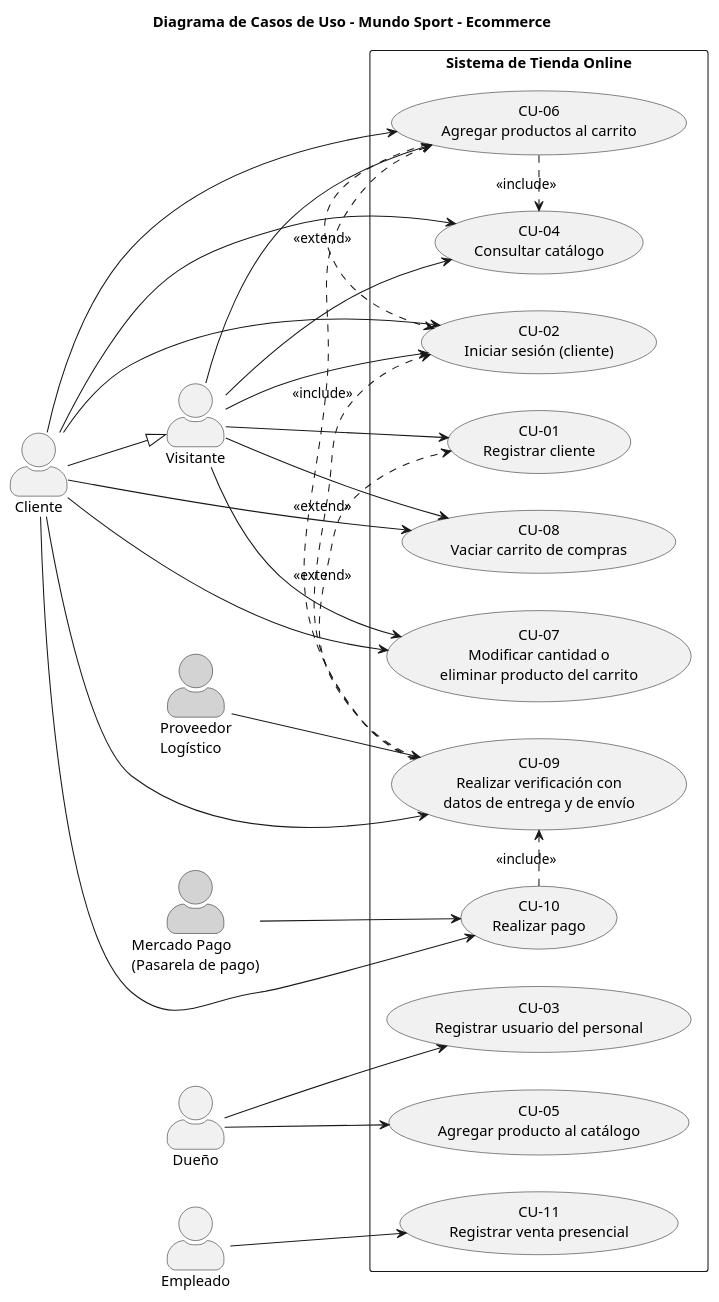
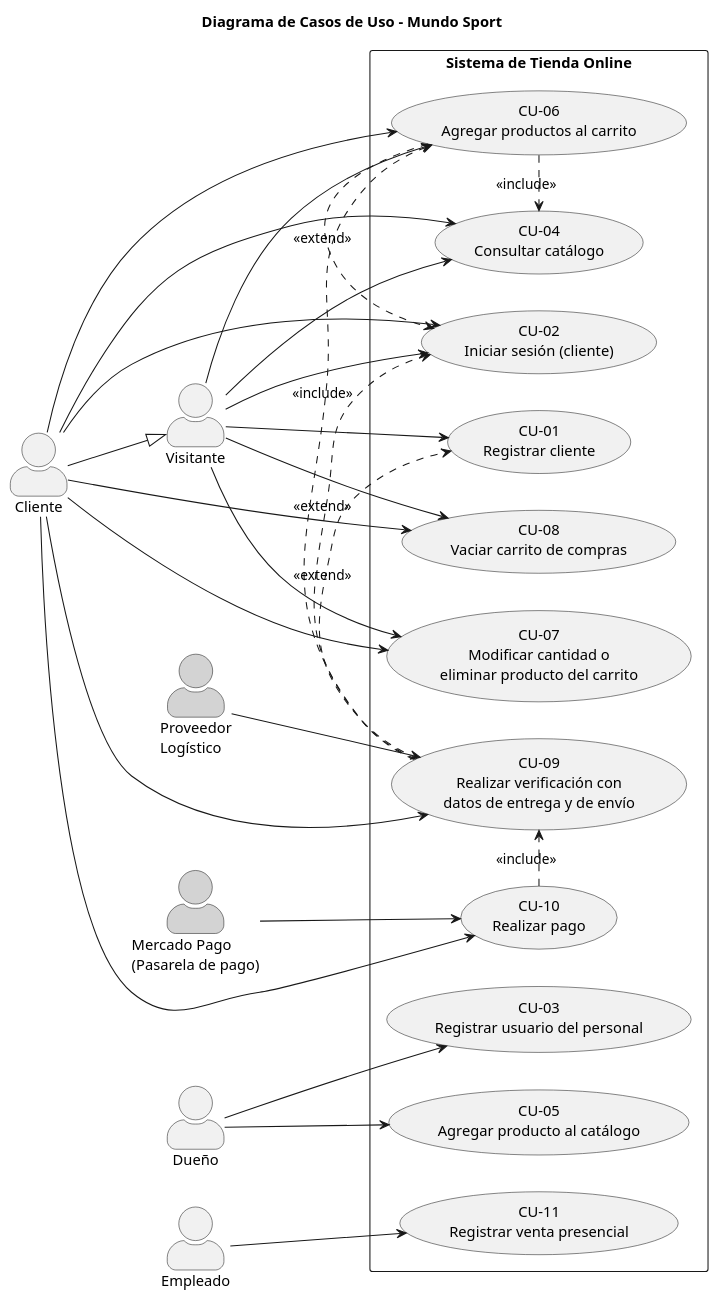
One commit to Danieljaime21/eidas-grupo05-revision changed the diagram in diagramas/casos-de-uso.puml. Above: the diagram before and after it, drawn with PlantUML. The commit also changed 1 other file, not shown here.

Commit message:
Se corrigió error de tipeo en diagramas CU

```diff
--- a/diagramas/casos-de-uso.puml
+++ b/diagramas/casos-de-uso.puml
@@ -1,68 +1,68 @@
 @startuml
-title Diagrama de Casos de Uso - Mundo Sport - Ecommerce
+title Diagrama de Casos de Uso - Mundo Sport
 
 left to right direction
 skinparam packageStyle rectangle
 skinparam actorStyle awesome
 
 ' --- Actores ---
 actor "Visitante" as Visitante
 actor "Cliente" as Cliente
 actor "Dueño" as Dueno
 actor "Empleado" as Empleado
 actor "Proveedor\nLogístico" as Proveedor #LightGray
 actor "Mercado Pago\n(Pasarela de pago)" as MP #LightGray
 
 ' Herencia: Cliente es un Visitante autenticado
 Cliente --|> Visitante
 
 ' --- Sistema ---
 rectangle "Sistema de Tienda Online" {
   usecase "CU-01\nRegistrar cliente" as UC01
   usecase "CU-02\nIniciar sesión (cliente)" as UC02
   usecase "CU-03\nRegistrar usuario del personal" as UC03
   usecase "CU-04\nConsultar catálogo" as UC04
   usecase "CU-05\nAgregar producto al catálogo" as UC05
   usecase "CU-06\nAgregar productos al carrito" as UC06
   usecase "CU-07\nModificar cantidad o\neliminar producto del carrito" as UC07
   usecase "CU-08\nVaciar carrito de compras" as UC08
   usecase "CU-09\nRealizar verificación con\ndatos de entrega y de envío" as UC09
   usecase "CU-10\nRealizar pago" as UC10
   usecase "CU-11\nRegistrar venta presencial" as UC11
 }
 
 ' --- Relaciones actor - caso de uso ---
 Visitante --> UC01
 Visitante --> UC02
 Visitante --> UC04
 Visitante --> UC06
 Visitante --> UC07
 Visitante --> UC08
 
 Cliente --> UC02
 Cliente --> UC04
 Cliente --> UC06
 Cliente --> UC07
 Cliente --> UC08
 Cliente --> UC09
 Cliente --> UC10
 
 Dueno --> UC03
 Dueno --> UC05
 
 Empleado --> UC11
 
 Proveedor --> UC09
 MP --> UC10
 
 ' --- Relaciones entre casos de uso ---
 UC06 .> UC04 : <<include>>
 UC09 .> UC06 : <<include>>
 UC10 .> UC09 : <<include>>
 
 UC09 .> UC02 : <<extend>>
 UC09 .> UC01 : <<extend>>
 UC06 .> UC02 : <<extend>>
 
 
 @enduml
```
